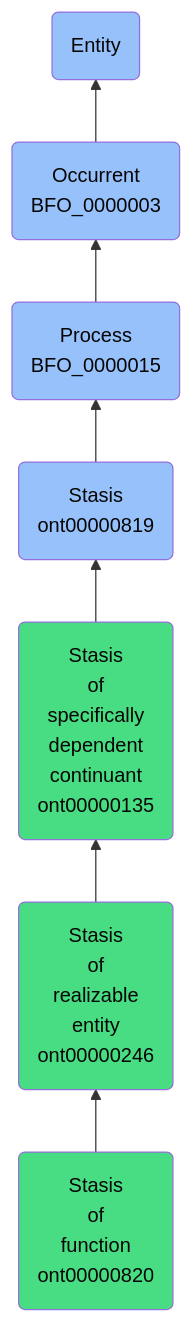
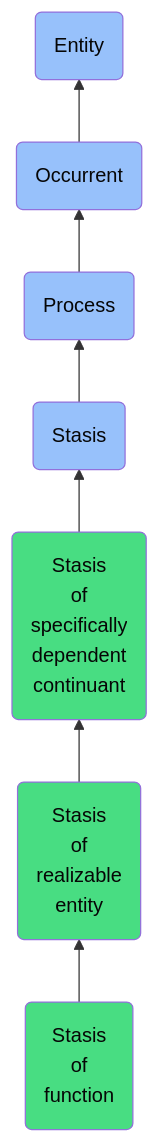
The diagram in docs/ontology/reference/model/Entity/Occurrent/Process/Stasis/Stasis of specifically dependent continuant/Stasis of realizable entity/Stasis of function/Stasis of function.md (jupyter-naas/abi), drawn with Mermaid before and after one commit. The commit also changed other lines of this file and 1430 other files, not shown here.

````diff
--- a/docs/ontology/reference/model/Entity/Occurrent/Process/Stasis/Stasis of specifically dependent continuant/Stasis of realizable entity/Stasis of function/Stasis of function.md
+++ b/docs/ontology/reference/model/Entity/Occurrent/Process/Stasis/Stasis of specifically dependent continuant/Stasis of realizable entity/Stasis of function/Stasis of function.md
@@ -24,14 +24,14 @@
 ```mermaid
 graph BT
-    ont00000820(Stasis<br>of<br>function<br>ont00000820):::ABI-->ont00000246
-    ont00000246(Stasis<br>of<br>realizable<br>entity<br>ont00000246):::ABI-->ont00000135
-    ont00000135(Stasis<br>of<br>specifically<br>dependent<br>continuant<br>ont00000135):::ABI-->ont00000819
-    ont00000819(Stasis<br>ont00000819):::BFO-->BFO_0000015
-    BFO_0000015(Process<br>BFO_0000015):::BFO-->BFO_0000003
-    BFO_0000003(Occurrent<br>BFO_0000003):::BFO-->BFO_0000001
+    ont00000820(Stasis<br>of<br>function):::ABI-->ont00000246
+    ont00000246(Stasis<br>of<br>realizable<br>entity):::ABI-->ont00000135
+    ont00000135(Stasis<br>of<br>specifically<br>dependent<br>continuant):::ABI-->ont00000819
+    ont00000819(Stasis):::BFO-->BFO_0000015
+    BFO_0000015(Process):::BFO-->BFO_0000003
+    BFO_0000003(Occurrent):::BFO-->BFO_0000001
     BFO_0000001(Entity):::BFO
     
     classDef BFO fill:#97c1fb,color:#060606
     classDef CCO fill:#e4c51e,color:#060606
     classDef ABI fill:#48DD82,color:#060606
 ```
````
